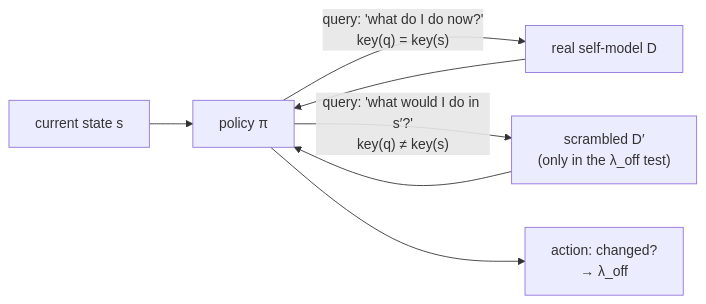
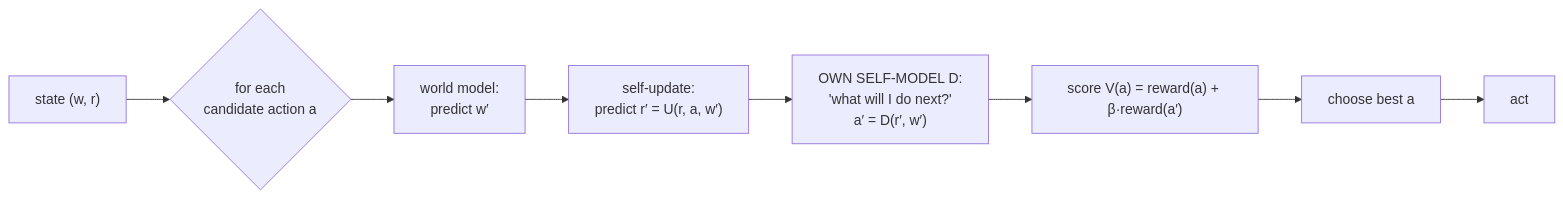
The sixth of 7 diagrams in REPORT.md (thomasms/strangeloop), drawn with Mermaid before and after one commit. The commit also changed other lines of this file and 4 other files, not shown here.

````diff
--- a/REPORT.md
+++ b/REPORT.md
@@ -720,9 +695,10 @@
 ```mermaid
 flowchart LR
-    S["current state s"] --> P["policy π"]
-    P -- "query: 'what do I do now?'<br/>key(q) = key(s)" --> D["real self-model D"]
-    P -- "query: 'what would I do in s′?'<br/>key(q) ≠ key(s)" --> X["scrambled D′<br/>(only in the λ_off test)"]
-    D --> P
-    X --> P
-    P --> A["action: changed?<br/>→ λ_off"]
+    S["state (w, r)"] --> C{"for each<br/>candidate action a"}
+    C --> WM["world model:<br/>predict w′"]
+    WM --> UU["self-update:<br/>predict r′ = U(r, a, w′)"]
+    UU --> D["OWN SELF-MODEL D:<br/>'what will I do next?'<br/>a′ = D(r′, w′)"]
+    D --> V["score V(a) = reward(a) + β·reward(a′)"]
+    V --> PICK["choose best a"]
+    PICK --> ACT["act"]
 ```
````
